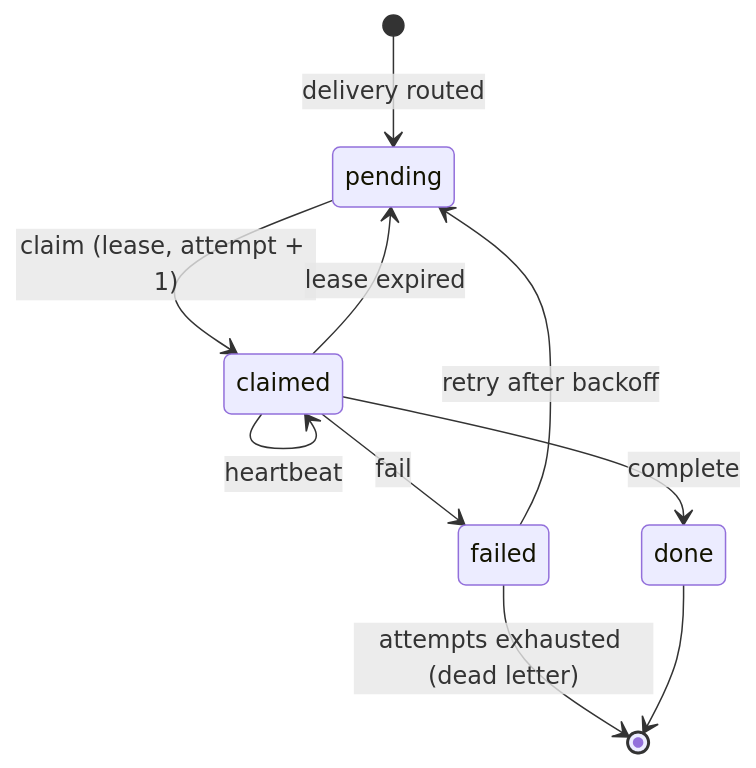
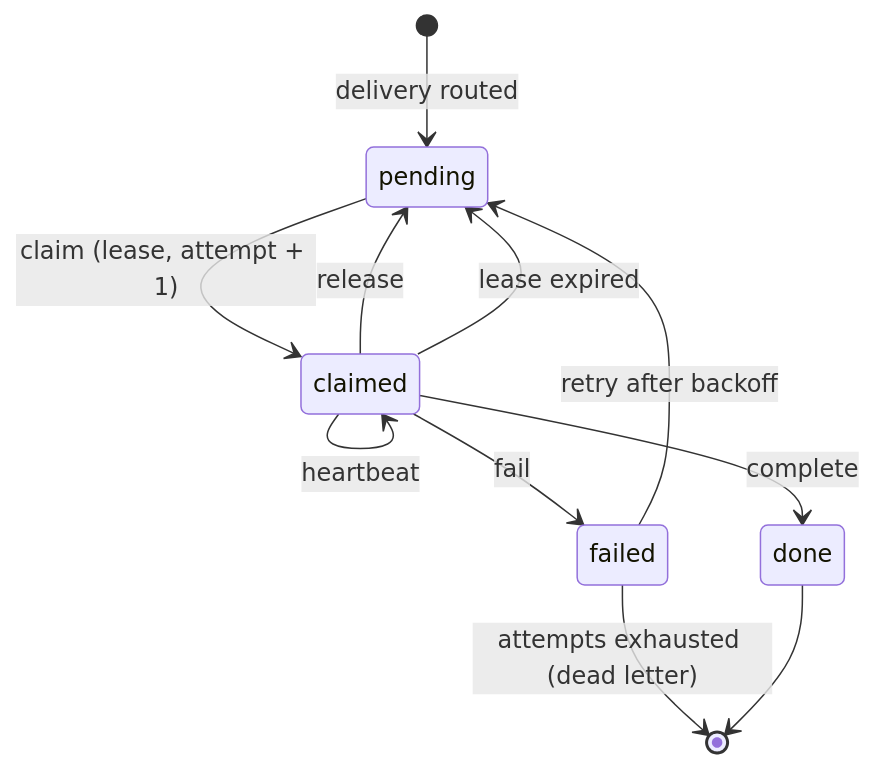
Before and after one commit to stump-wtf/switchboard: the diagram in docs/guides/05-draining-the-queue.md, drawn with Mermaid. The commit also changed other lines of this file and 4 other files, not shown here.

````diff
--- a/docs/guides/05-draining-the-queue.md
+++ b/docs/guides/05-draining-the-queue.md
@@ -13,12 +13,13 @@
 ```mermaid
 stateDiagram-v2
   [*] --> pending: delivery routed
   pending --> claimed: claim (lease, attempt + 1)
   claimed --> claimed: heartbeat
   claimed --> done: complete
   claimed --> failed: fail
+  claimed --> pending: release
   claimed --> pending: lease expired
   failed --> pending: retry after backoff
   failed --> [*]: attempts exhausted (dead letter)
   done --> [*]
 ```
````
